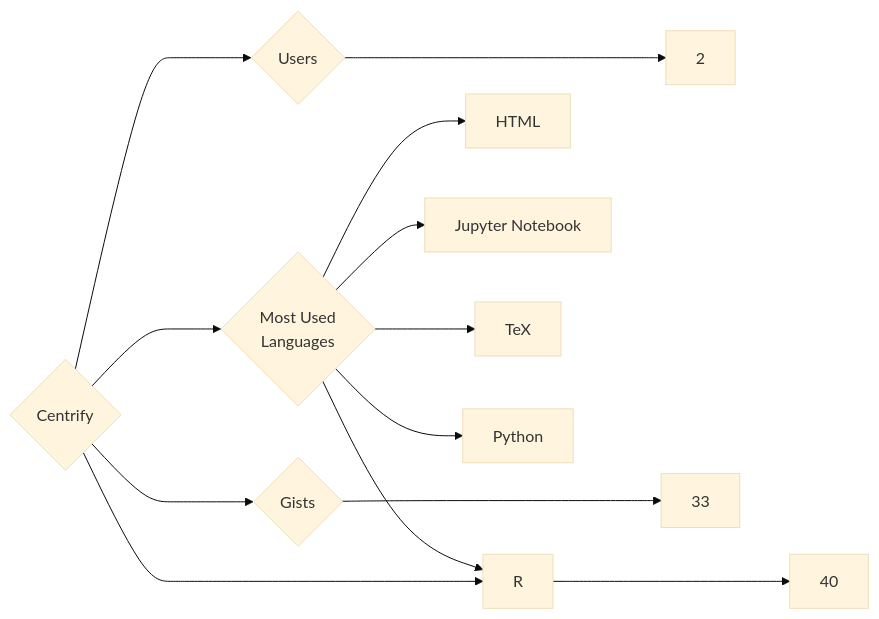
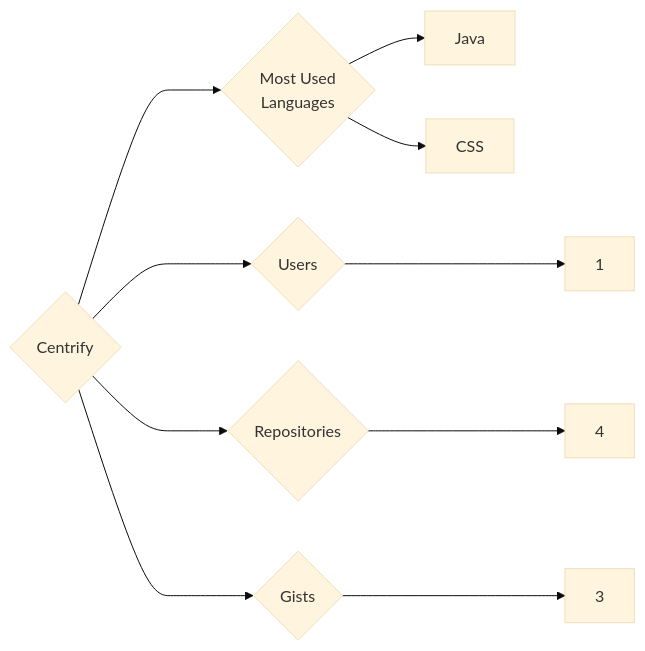
Before and after one commit to trickest/insiders: the diagram in targets/Centrify/README.md, drawn with Mermaid (base theme). The commit also changed 1084 other files, not shown here.

````diff
--- a/targets/Centrify/README.md
+++ b/targets/Centrify/README.md
@@ -3,13 +3,10 @@
 ```mermaid
 graph LR
 COMPANY_NAME{Centrify}
-COMPANY_NAME ---> U{Users} ---> UN[2]
-COMPANY_NAME ---> R{Repositories} ---> RN[40]
-COMPANY_NAME ---> G{Gists} ---> GN[33]
+COMPANY_NAME ---> U{Users} ---> UN[1]
+COMPANY_NAME ---> R{Repositories} ---> RN[4]
+COMPANY_NAME ---> G{Gists} ---> GN[3]
 COMPANY_NAME ---> ML{Most Used<br>Languages}
-ML --> HTML[HTML]
-ML --> Jupyter_Notebook[Jupyter Notebook]
-ML --> R[R]
-ML --> TeX[TeX]
-ML --> Python[Python]
+ML --> Java[Java]
+ML --> CSS[CSS]
 ```
````
